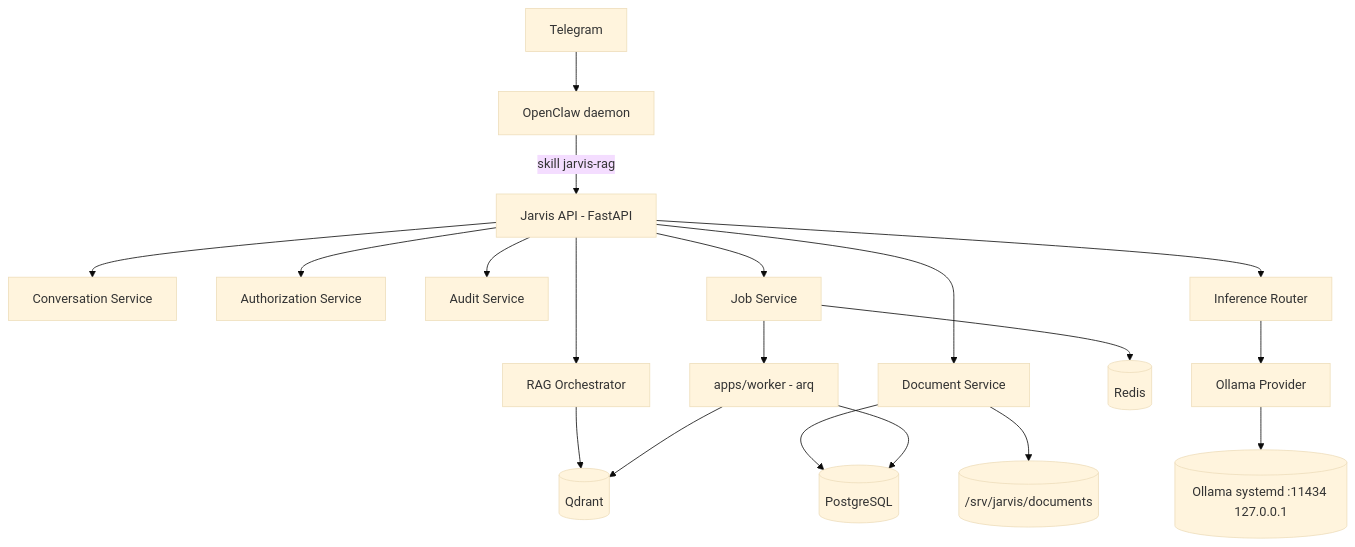
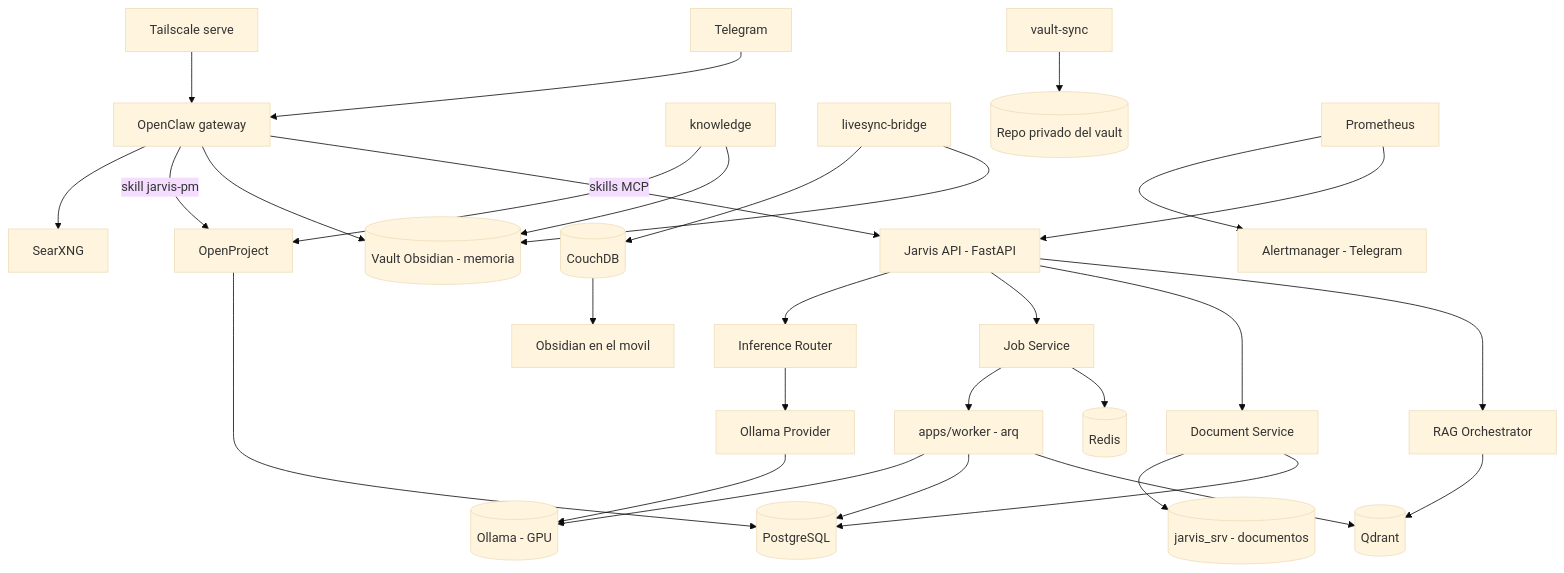
Before and after one commit to Romen-Adama-Dev/jarvis-local: the first of 2 diagrams in docs/ARCHITECTURE.md, drawn with Mermaid (base theme). The commit also changed other lines of this file and 11 other files, not shown here.

````diff
--- a/docs/ARCHITECTURE.md
+++ b/docs/ARCHITECTURE.md
@@ -38,21 +29,32 @@
 ```mermaid
 flowchart TD
-    TG[Telegram] --> OC[OpenClaw daemon]
-    OC -->|skill jarvis-rag| API[Jarvis API - FastAPI]
+    TG[Telegram] --> OC[OpenClaw gateway]
+    TS[Tailscale serve] --> OC
+    OC -->|skills MCP| API[Jarvis API - FastAPI]
+    OC --> VAULT[(Vault Obsidian - memoria)]
     API --> RAGO[RAG Orchestrator]
     API --> DOC[Document Service]
-    API --> CONV[Conversation Service]
-    API --> AUTHZ[Authorization Service]
-    API --> AUDIT[Audit Service]
     API --> JOBS[Job Service]
     API --> ROUTER[Inference Router]
     ROUTER --> OLLAMA[Ollama Provider]
-    OLLAMA --> OLLAMASVC[(Ollama systemd :11434 127.0.0.1)]
+    OLLAMA --> OLLAMASVC[(Ollama - GPU)]
     RAGO --> QDRANT[(Qdrant)]
     DOC --> PG[(PostgreSQL)]
     JOBS --> REDIS[(Redis)]
     JOBS --> WORKER[apps/worker - arq]
     WORKER --> QDRANT
     WORKER --> PG
-    DOC --> FS[(/srv/jarvis/documents)]
+    WORKER --> OLLAMASVC
+    DOC --> FS[(jarvis_srv - documentos)]
+    OC -->|skill jarvis-pm| OP[OpenProject]
+    OP --> PG
+    KN[knowledge] --> VAULT
+    KN --> OP
+    LS[livesync-bridge] --> VAULT
+    LS --> CDB[(CouchDB)]
+    CDB --> IOS[Obsidian en el movil]
+    VS[vault-sync] --> GIT[(Repo privado del vault)]
+    OC --> SX[SearXNG]
+    PROM[Prometheus] --> API
+    PROM --> ALERT[Alertmanager - Telegram]
 ```
````
